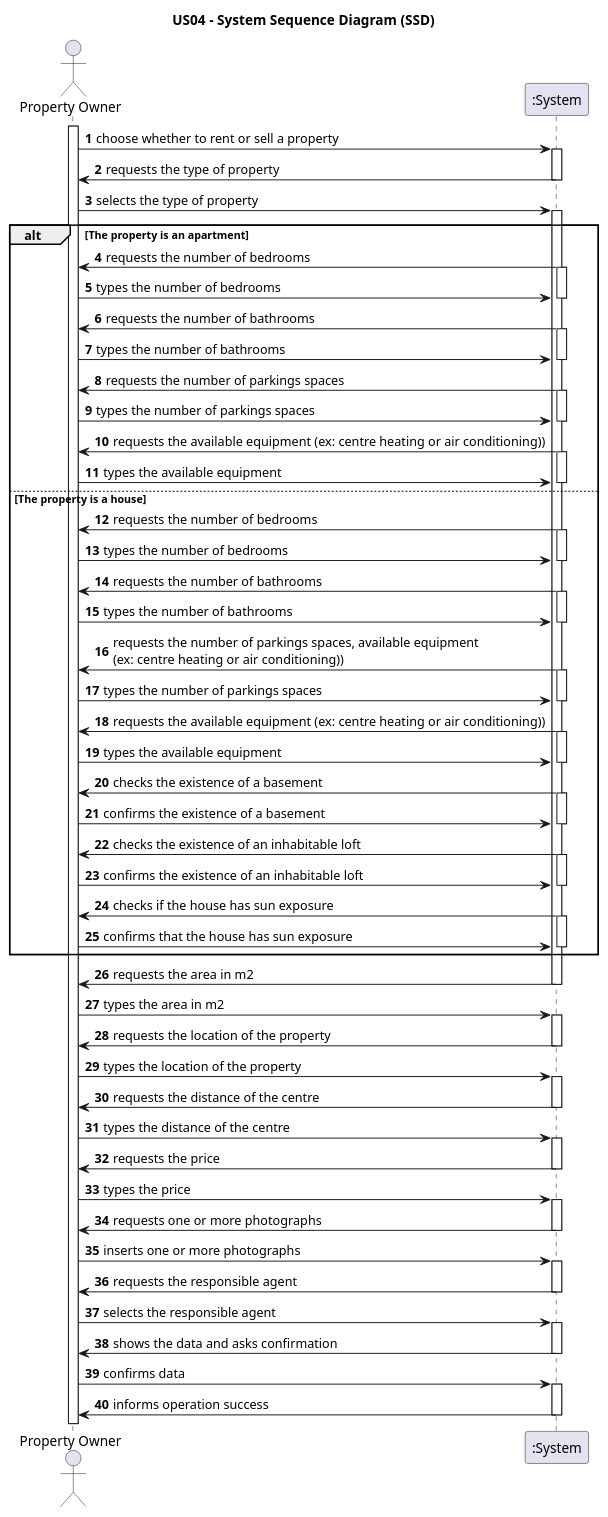
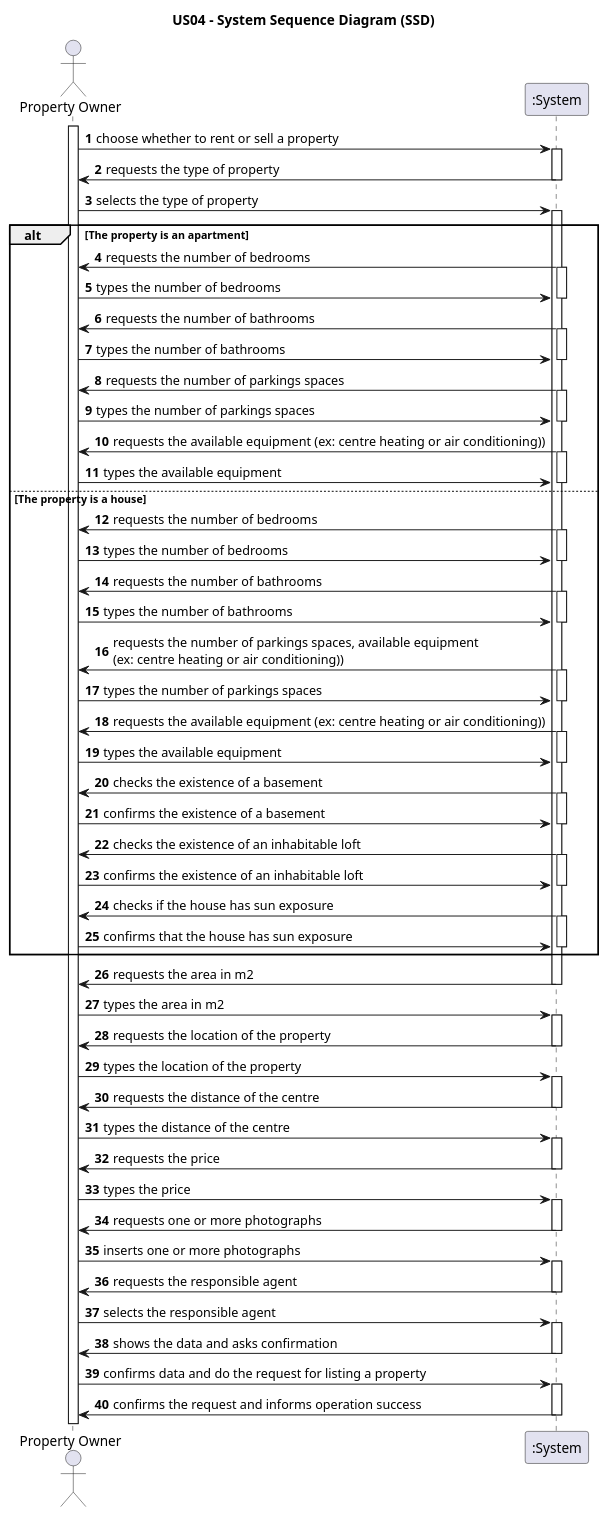
One commit to tiagohcorreia/LAPR2 changed the diagram in docs/sprintB/US004/01.requirements-engineering/puml/SSD_04.puml. Above: the diagram before and after it, drawn with PlantUML.

Commit message:
US04- Requirements-engineering Update in the SSD. Added the confirmation of the agent for the listing request of the property.

```diff
--- a/docs/sprintB/US004/01.requirements-engineering/puml/SSD_04.puml
+++ b/docs/sprintB/US004/01.requirements-engineering/puml/SSD_04.puml
@@ -1,99 +1,99 @@
 @startuml
 title US04 - System Sequence Diagram (SSD)
 
 autonumber
 
 actor "Property Owner" as Owner
 participant ":System" as System
 
 activate Owner
 
     Owner -> System : choose whether to rent or sell a property
     activate System
 
         System -> Owner : requests the type of property
     deactivate System
         Owner -> System: selects the type of property
     activate System
         alt The property is an apartment
             System -> Owner: requests the number of bedrooms
             activate System
                 Owner-> System: types the number of bedrooms
             deactivate System
                 System -> Owner: requests the number of bathrooms
             activate System
                 Owner-> System: types the number of bathrooms
             deactivate System
             System -> Owner: requests the number of parkings spaces
             activate System
                 Owner-> System: types the number of parkings spaces
             deactivate System
                 System -> Owner: requests the available equipment (ex: centre heating or air conditioning))
             activate System
                 Owner-> System: types the available equipment
             deactivate System
         else The property is a house
                 System -> Owner: requests the number of bedrooms
             activate System
                 Owner-> System: types the number of bedrooms
             deactivate System
                 System -> Owner: requests the number of bathrooms
             activate System
                 Owner-> System: types the number of bathrooms
             deactivate System
                 System -> Owner: requests the number of parkings spaces, available equipment \n(ex: centre heating or air conditioning))
             activate System
                 Owner-> System: types the number of parkings spaces
             deactivate System
                 System -> Owner: requests the available equipment (ex: centre heating or air conditioning))
             activate System
                 Owner-> System: types the available equipment
             deactivate System
                 System -> Owner: checks the existence of a basement
             activate System
                 Owner-> System: confirms the existence of a basement
             deactivate System
                 System -> Owner: checks the existence of an inhabitable loft
             activate System
                 Owner-> System: confirms the existence of an inhabitable loft
             deactivate System
                 System -> Owner: checks if the house has sun exposure
             activate System
                 Owner-> System: confirms that the house has sun exposure
             deactivate System
 
         end
         System-> Owner:requests the area in m2
     deactivate System
         Owner->System: types the area in m2
     activate System
         System-> Owner: requests the location of the property
     deactivate System
         Owner-> System: types the location of the property
     activate System
         System-> Owner: requests the distance of the centre
     deactivate System
         Owner-> System: types the distance of the centre
     activate System
         System-> Owner: requests the price
     deactivate System
         Owner -> System: types the price
     activate System
         System-> Owner: requests one or more photographs
     deactivate System
         Owner-> System: inserts one or more photographs
     activate System
         System-> Owner: requests the responsible agent
     deactivate System
         Owner -> System: selects the responsible agent
     activate System
         System-> Owner: shows the data and asks confirmation
     deactivate System
-        Owner->System: confirms data
+        Owner->System: confirms data and do the request for listing a property
     activate System
-        System -> Owner: informs operation success
+        System -> Owner: confirms the request and informs operation success
     deactivate System
 
 
 
 @enduml
```
